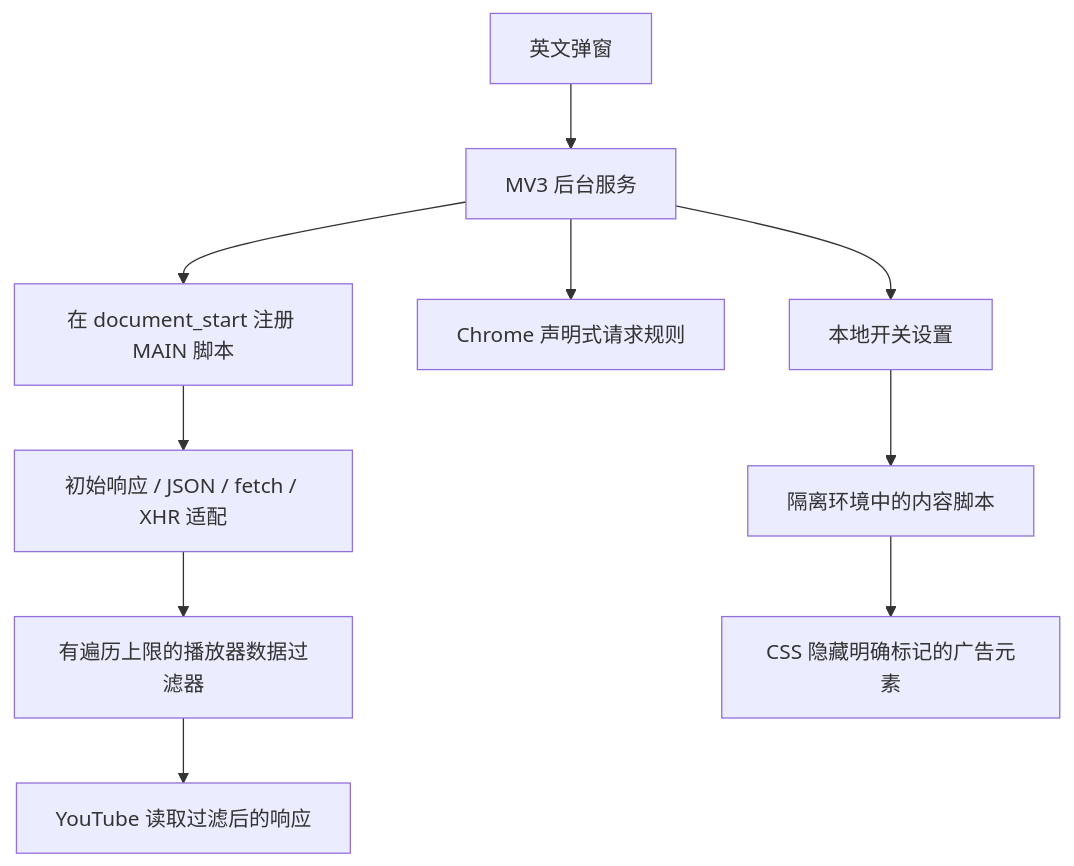
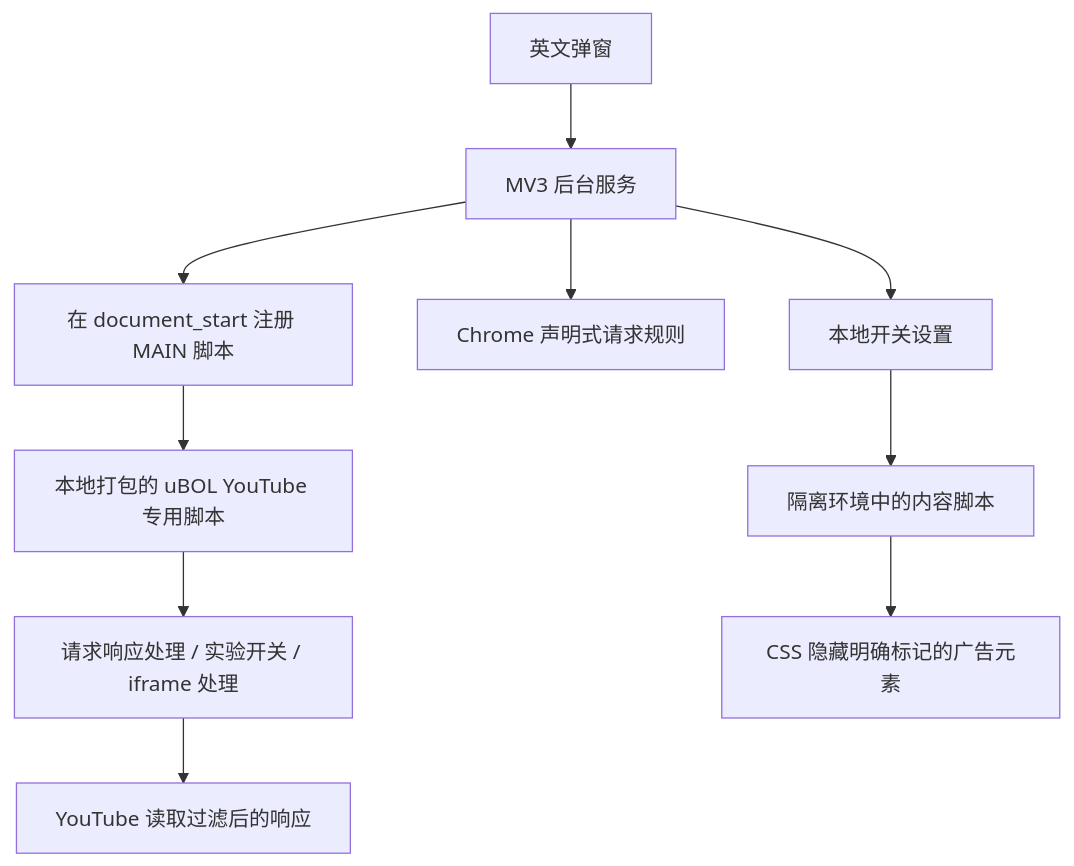
The diagram in README.zh-CN.md (Qin-Li-Peter/tubequiet), drawn with Mermaid before and after one commit. The commit also changed other lines of this file and 18 other files, not shown here.

Commit message:
fix: update YouTube anti-adblock handling with scoped uBOL scriptlets

````diff
--- a/README.zh-CN.md
+++ b/README.zh-CN.md
@@ -35,12 +39,12 @@
 ```mermaid
 flowchart TD
   P[英文弹窗] --> B[MV3 后台服务]
   B --> S[本地开关设置]
   B --> D[Chrome 声明式请求规则]
   B --> R[在 document_start 注册 MAIN 脚本]
-  R --> H[初始响应 / JSON / fetch / XHR 适配]
-  H --> C[有遍历上限的播放器数据过滤器]
+  R --> H[本地打包的 uBOL YouTube 专用脚本]
+  H --> C[请求响应处理 / 实验开关 / iframe 处理]
   C --> Y[YouTube 读取过滤后的响应]
   S --> I[隔离环境中的内容脚本]
   I --> CSS[CSS 隐藏明确标记的广告元素]
 ```
````
